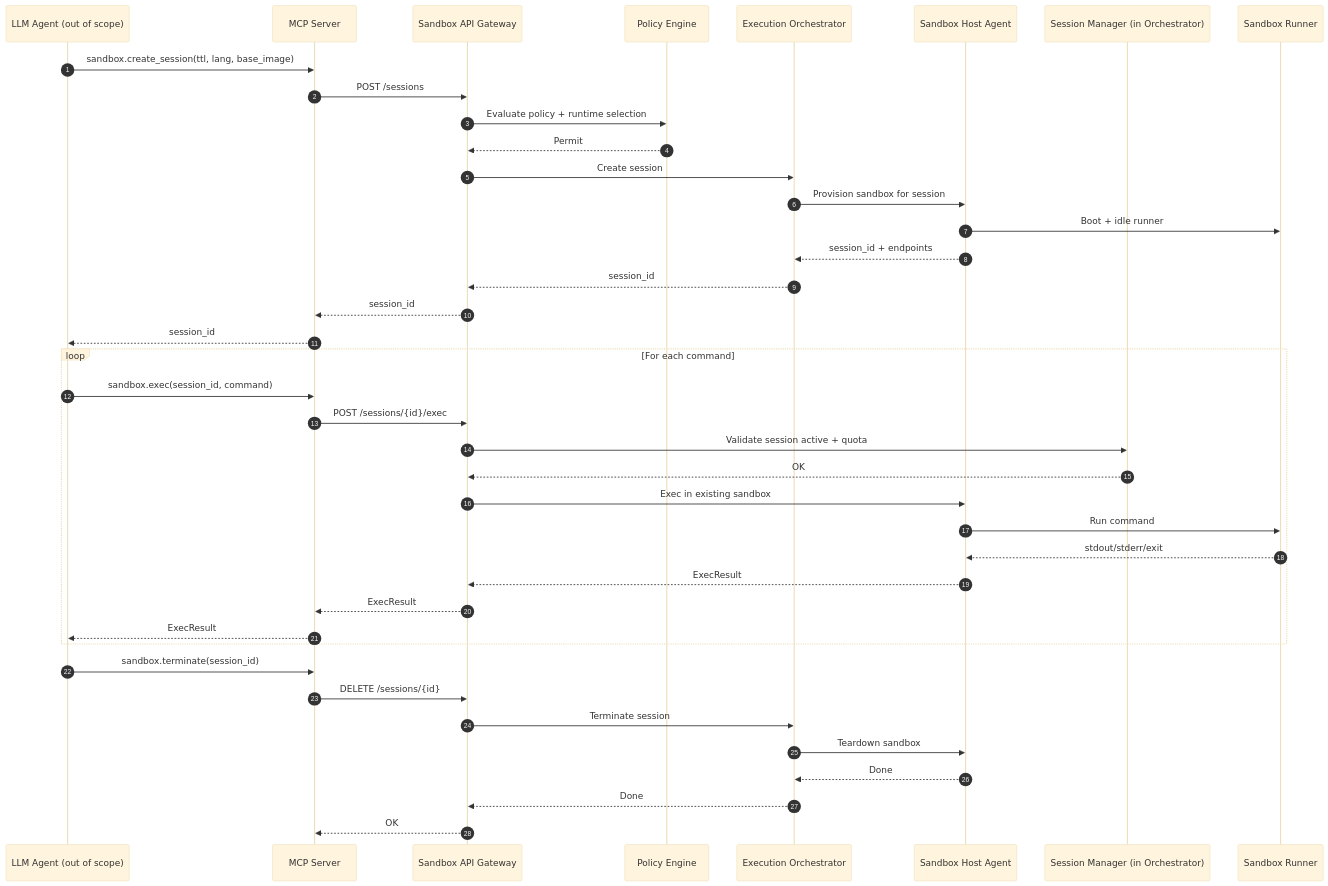
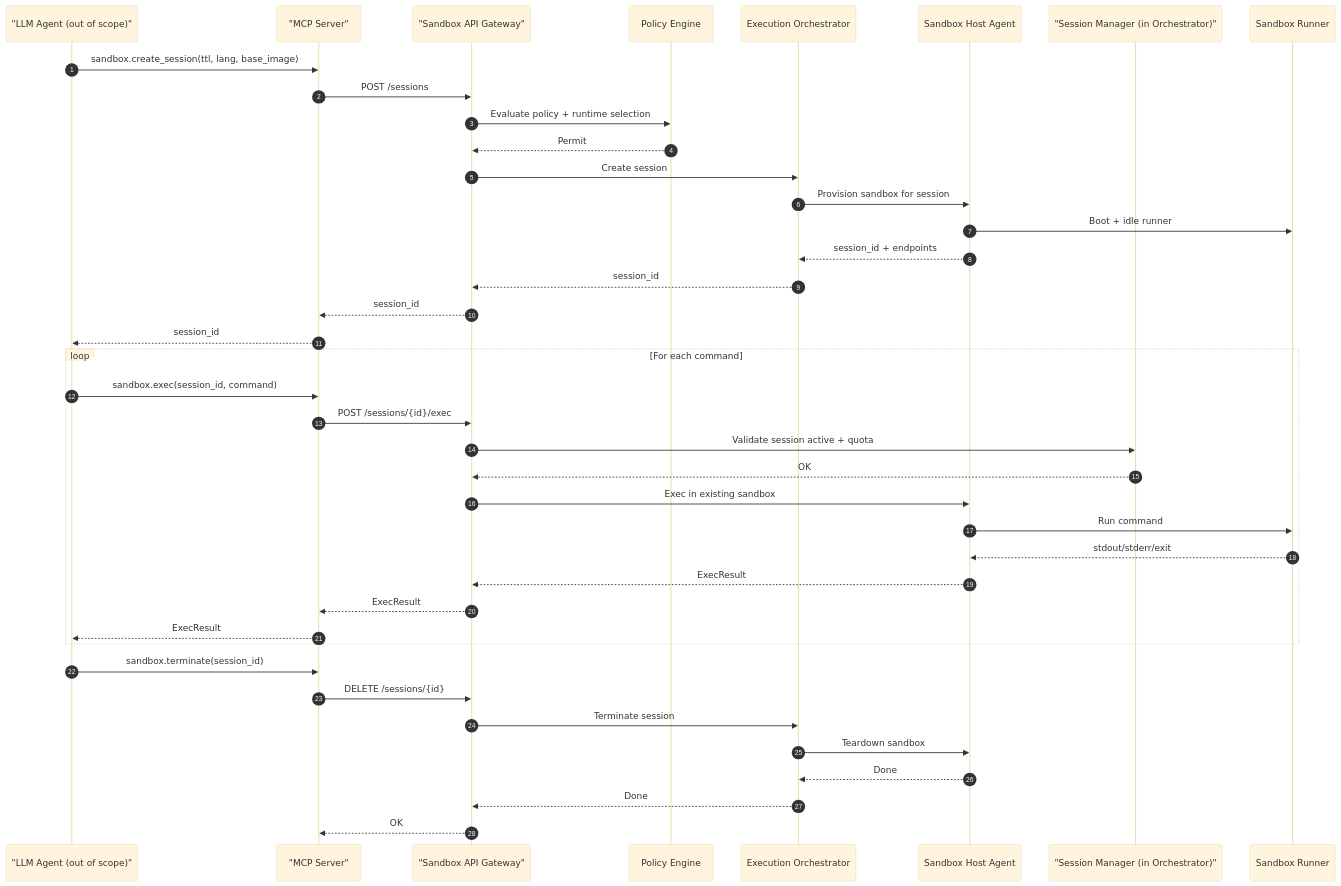
The third of 5 diagrams in architecture/sandbox-executor.md (suman724/sandbox-code-executor), drawn with Mermaid (base theme) before and after one commit. The commit also changed other lines of this file, not shown here.

Commit message:
Fix Mermaid diagram syntax

````diff
--- a/architecture/sandbox-executor.md
+++ b/architecture/sandbox-executor.md
@@ -461,45 +461,45 @@
 ```mermaid
 sequenceDiagram
   autonumber
-  participant Agent as LLM Agent (out of scope)
-  participant MCP as MCP Server
-  participant GW as Sandbox API Gateway
+  participant Agent as "LLM Agent (out of scope)"
+  participant MCP as "MCP Server"
+  participant GW as "Sandbox API Gateway"
   participant Pol as Policy Engine
   participant Orch as Execution Orchestrator
   participant Host as Sandbox Host Agent
-  participant Sess as Session Manager (in Orchestrator)
+  participant Sess as "Session Manager (in Orchestrator)"
   participant Sand as Sandbox Runner
 
   Agent->>MCP: sandbox.create_session(ttl, lang, base_image)
   MCP->>GW: POST /sessions
   GW->>Pol: Evaluate policy + runtime selection
   Pol-->>GW: Permit
   GW->>Orch: Create session
   Orch->>Host: Provision sandbox for session
   Host->>Sand: Boot + idle runner
   Host-->>Orch: session_id + endpoints
   Orch-->>GW: session_id
   GW-->>MCP: session_id
   MCP-->>Agent: session_id
 
   loop For each command
     Agent->>MCP: sandbox.exec(session_id, command)
     MCP->>GW: POST /sessions/{id}/exec
     GW->>Sess: Validate session active + quota
     Sess-->>GW: OK
     GW->>Host: Exec in existing sandbox
     Host->>Sand: Run command
     Sand-->>Host: stdout/stderr/exit
     Host-->>GW: ExecResult
     GW-->>MCP: ExecResult
     MCP-->>Agent: ExecResult
   end
 
   Agent->>MCP: sandbox.terminate(session_id)
   MCP->>GW: DELETE /sessions/{id}
   GW->>Orch: Terminate session
   Orch->>Host: Teardown sandbox
   Host-->>Orch: Done
   Orch-->>GW: Done
   GW-->>MCP: OK
 ```
````
